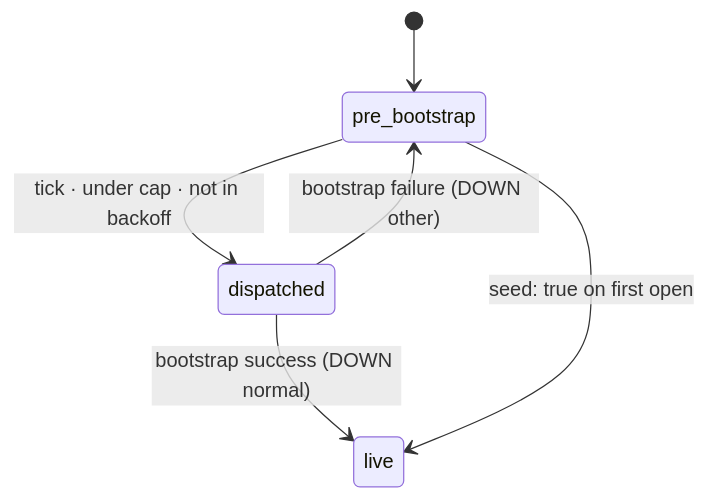
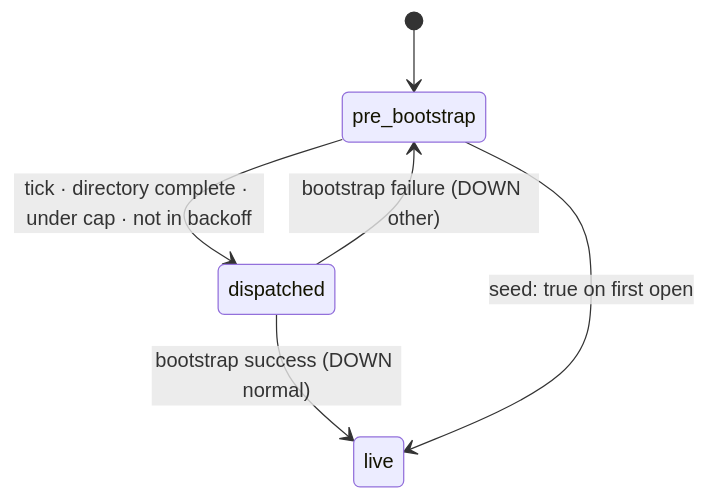
Diagram 15 of 16 in apps/bondy_db/doc_extras/architecture/06_compaction_and_bootstrap.md (bondy-io/bondy), drawn with Mermaid before and after one commit. The commit also changed other lines of this file and 127 other files, not shown here.

````diff
--- a/apps/bondy_db/doc_extras/architecture/06_compaction_and_bootstrap.md
+++ b/apps/bondy_db/doc_extras/architecture/06_compaction_and_bootstrap.md
@@ -915,8 +1010,8 @@
 ```mermaid
 stateDiagram-v2
     [*] --> pre_bootstrap
-    pre_bootstrap --> dispatched : tick · under cap · not in backoff
+    pre_bootstrap --> dispatched : tick · directory complete · under cap · not in backoff
     dispatched --> live : bootstrap success (DOWN normal)
     dispatched --> pre_bootstrap : bootstrap failure (DOWN other)
     pre_bootstrap --> live : seed: true on first open
 ```
````
